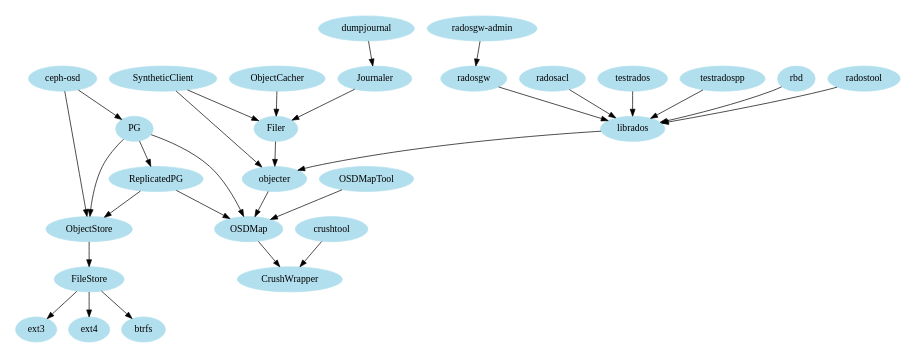
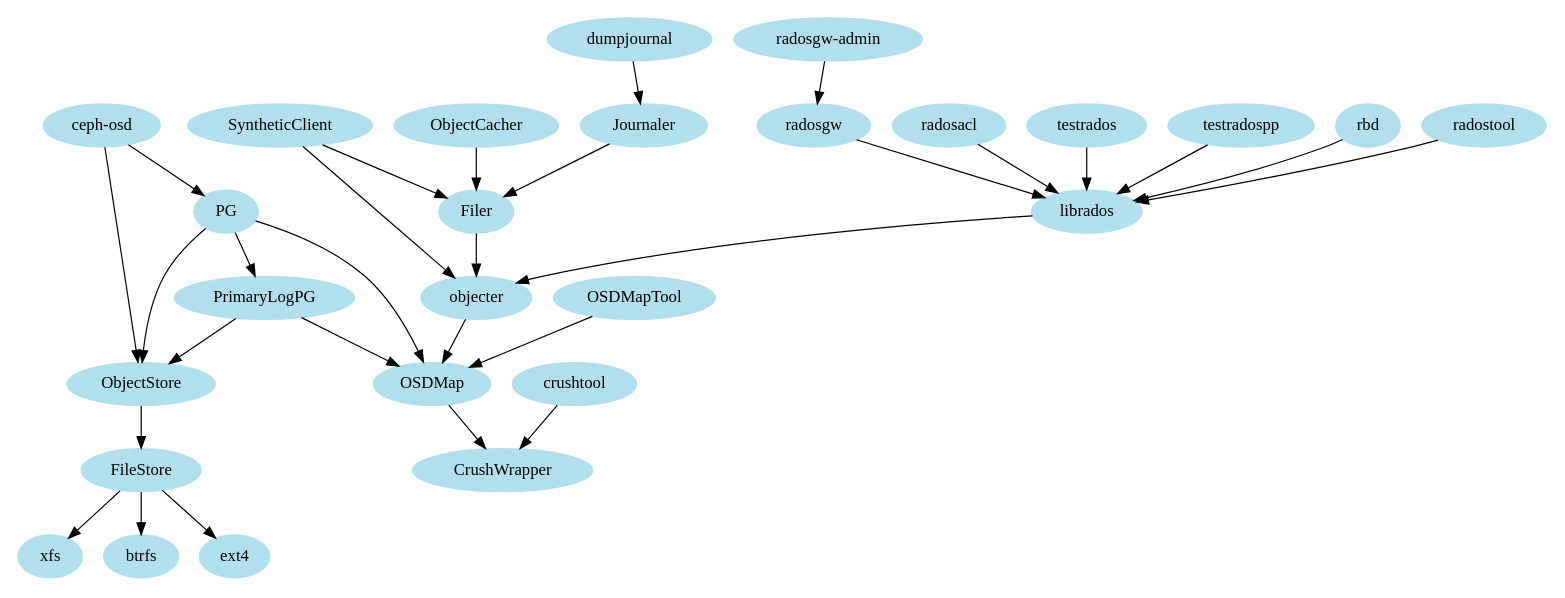
Before and after one commit to drunkard/ceph-Chinese-doc: the diagram in dev/object-store.rst, drawn with Graphviz. The commit also changed other lines of this file and 11 other files, not shown here.

```diff
--- a/dev/object-store.rst
+++ b/dev/object-store.rst
@@ -5,60 +7,60 @@
 .. graphviz::
 
   /*
    * Rough outline of object store module dependencies
    */
 
   digraph object_store {
-    size="7,7";
+    size="12,12";
     node [color=lightblue2, style=filled, fontname="Serif"];
 
     "testrados" -> "librados"
     "testradospp" -> "librados"
 
     "rbd" -> "librados"
 
     "radostool" -> "librados"
 
     "radosgw-admin" -> "radosgw"
 
     "radosgw" -> "librados"
 
     "radosacl" -> "librados"
 
     "librados" -> "objecter"
 
     "ObjectCacher" -> "Filer"
 
     "dumpjournal" -> "Journaler"
 
     "Journaler" -> "Filer"
 
     "SyntheticClient" -> "Filer"
     "SyntheticClient" -> "objecter"
 
     "Filer" -> "objecter"
 
     "objecter" -> "OSDMap"
 
     "ceph-osd" -> "PG"
     "ceph-osd" -> "ObjectStore"
 
     "crushtool" -> "CrushWrapper"
 
     "OSDMap" -> "CrushWrapper"
 
     "OSDMapTool" -> "OSDMap"
 
-    "PG" -> "ReplicatedPG"
+    "PG" -> "PrimaryLogPG"
     "PG" -> "ObjectStore"
     "PG" -> "OSDMap"
 
-    "ReplicatedPG" -> "ObjectStore"
-    "ReplicatedPG" -> "OSDMap"
+    "PrimaryLogPG" -> "ObjectStore"
+    "PrimaryLogPG" -> "OSDMap"
 
     "ObjectStore" -> "FileStore"
 
-    "FileStore" -> "ext3"
+    "FileStore" -> "xfs"
+    "FileStore" -> "btrfs"
     "FileStore" -> "ext4"
-    "FileStore" -> "btrfs"
   }
```
